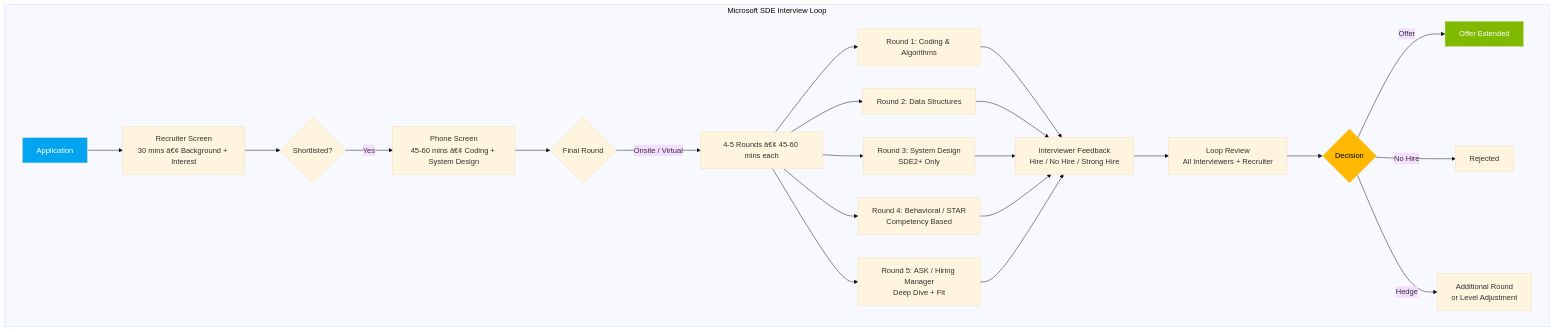
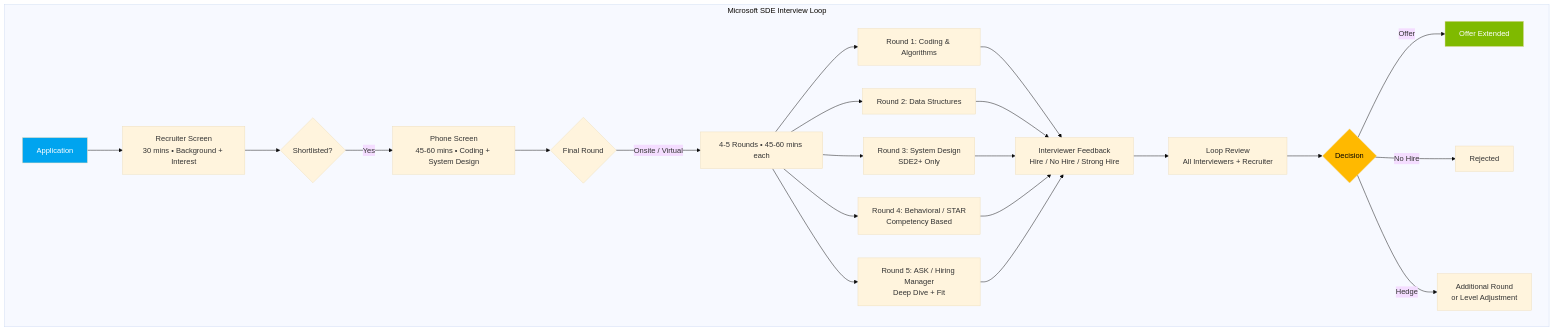
The first of 4 diagrams in docs/courses/interview-preparation/15-company-microsoft-sde.md (Raushan666java/ai-engineering-journey), drawn with Mermaid (base theme) before and after one commit. The commit also changed other lines of this file and 965 other files, not shown here.

````diff
--- a/docs/courses/interview-preparation/15-company-microsoft-sde.md
+++ b/docs/courses/interview-preparation/15-company-microsoft-sde.md
@@ -31,29 +31,29 @@
 ```mermaid
 flowchart TB
     subgraph "Microsoft SDE Interview Loop"
-        A[Application] --> B[Recruiter Screen<br/>30 mins â€¢ Background + Interest]
+        A[Application] --> B[Recruiter Screen<br/>30 mins • Background + Interest]
         B --> C{Shortlisted?}
-        C -->|Yes| D[Phone Screen<br/>45-60 mins â€¢ Coding + System Design]
+        C -->|Yes| D[Phone Screen<br/>45-60 mins • Coding + System Design]
         D --> E{Final Round}
-        E -->|Onsite / Virtual| F[4-5 Rounds â€¢ 45-60 mins each]
+        E -->|Onsite / Virtual| F[4-5 Rounds • 45-60 mins each]
         F --> G1[Round 1: Coding & Algorithms]
         F --> G2[Round 2: Data Structures]
         F --> G3[Round 3: System Design<br/>SDE2+ Only]
         F --> G4[Round 4: Behavioral / STAR<br/>Competency Based]
         F --> G5[Round 5: ASK / Hiring Manager<br/>Deep Dive + Fit]
         G1 --> H[Interviewer Feedback<br/>Hire / No Hire / Strong Hire]
         G2 --> H
         G3 --> H
         G4 --> H
         G5 --> H
         H --> I[Loop Review<br/>All Interviewers + Recruiter]
         I --> J{Decision}
         J -->|Offer| K[Offer Extended]
         J -->|No Hire| L[Rejected]
         J -->|Hedge| M[Additional Round<br/>or Level Adjustment]
     end
 
     style A fill:#00a4ef,color:#fff
     style K fill:#7fba00,color:#fff
     style J fill:#ffb900,color:#000
 ```
````
